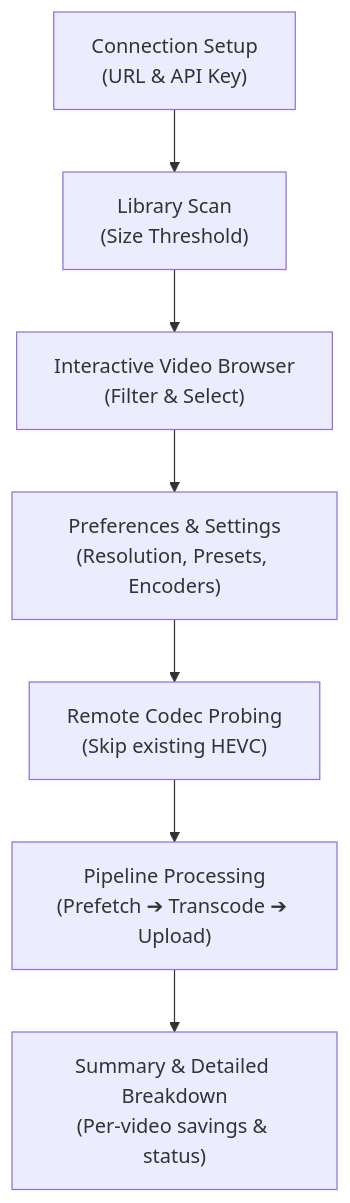
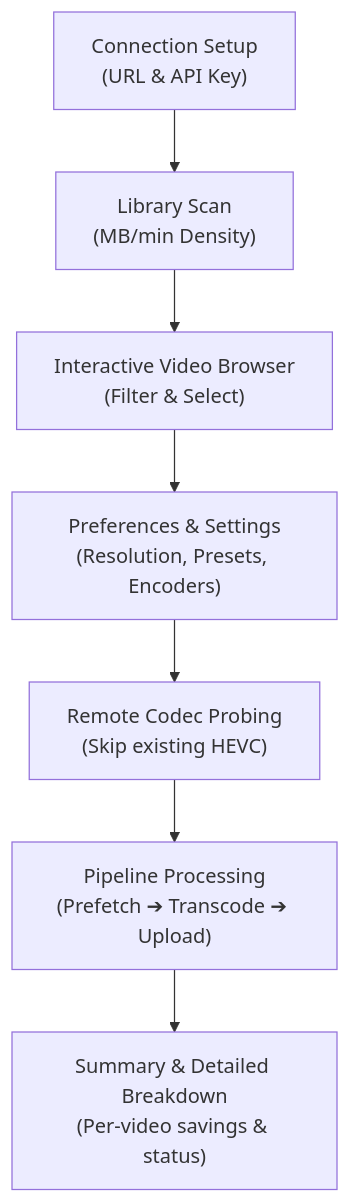
One commit to dragosmiron/immich-video-optimizer changed the diagram in README.md. Above: the diagram before and after it, drawn with Mermaid. The commit also changed other lines of this file and 8 other files, not shown here.

Commit message:
feat: switch size filtering to MB/min density and update defaults for v0.2.0

````diff
--- a/README.md
+++ b/README.md
@@ -101,9 +101,9 @@
 ```mermaid
 flowchart TD
-    A["Connection Setup<br/>(URL & API Key)"] --> B["Library Scan<br/>(Size Threshold)"]
+    A["Connection Setup<br/>(URL & API Key)"] --> B["Library Scan<br/>(MB/min Density)"]
     B --> C["Interactive Video Browser<br/>(Filter & Select)"]
     C --> D["Preferences & Settings<br/>(Resolution, Presets, Encoders)"]
     D --> E["Remote Codec Probing<br/>(Skip existing HEVC)"]
     E --> F["Pipeline Processing<br/>(Prefetch ➔ Transcode ➔ Upload)"]
     F --> G["Summary & Detailed Breakdown<br/>(Per-video savings & status)"]
 ```
````
